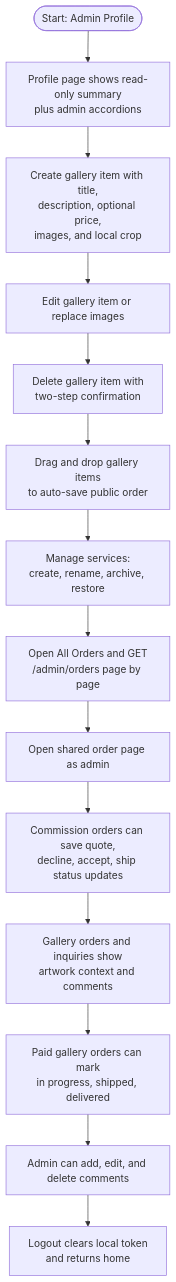
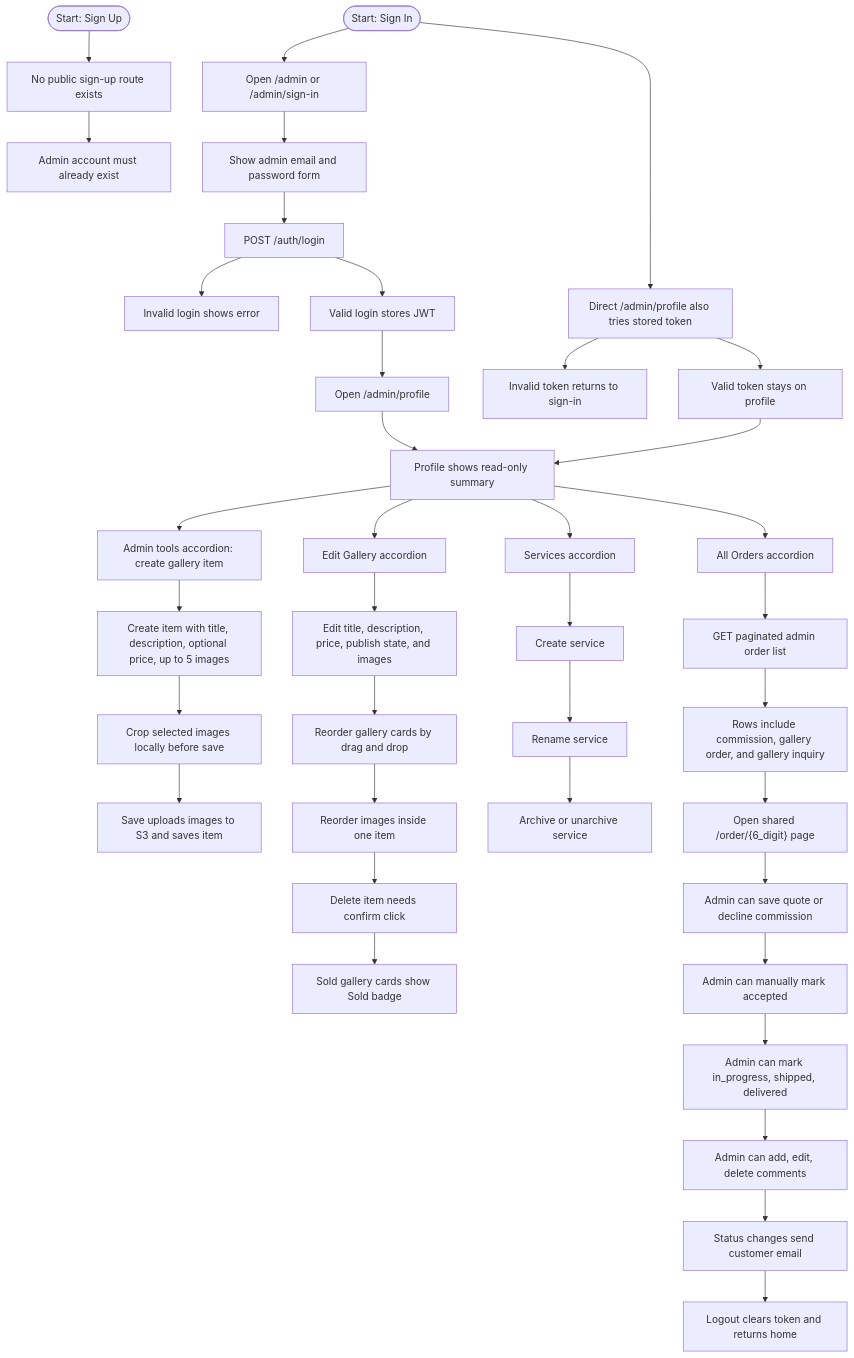
Before and after one commit to david-lytikainen/SAS: the first of 3 diagrams in 0_KC/flowchart.md, drawn with Mermaid. The commit also changed other lines of this file and 3 other files, not shown here.

Commit message:
Refresh KC flowchart source

````diff
--- a/0_KC/flowchart.md
+++ b/0_KC/flowchart.md
@@ -53,20 +3,59 @@
 ```mermaid
 flowchart TB
-  A0([Start: Admin Profile])
-  A1["Profile page shows read-only summary<br/>plus admin accordions"]
-  A2["Create gallery item with title,<br/>description, optional price,<br/>images, and local crop"]
-  A3["Edit gallery item or replace images"]
-  A4["Delete gallery item with<br/>two-step confirmation"]
-  A5["Drag and drop gallery items<br/>to auto-save public order"]
-  A6["Manage services:<br/>create, rename, archive, restore"]
-  A7["Open All Orders and GET<br/>/admin/orders page by page"]
-  A8["Open shared order page as admin"]
-  A9["Commission orders can save quote,<br/>decline, accept, ship status updates"]
-  A10["Gallery orders and inquiries show<br/>artwork context and comments"]
-  A11["Paid gallery orders can mark<br/>in progress, shipped, delivered"]
-  A12["Admin can add, edit, and delete comments"]
-  A13["Logout clears local token<br/>and returns home"]
+  SU([Start: Sign Up])
+  SU1["No public sign-up route exists"]
+  SU2["Admin account must already exist"]
 
-  A0 --> A1 --> A2 --> A3 --> A4 --> A5 --> A6 --> A7 --> A8
-  A8 --> A9 --> A10 --> A11 --> A12 --> A13
+  SI([Start: Sign In])
+  SI1["Open /admin or /admin/sign-in"]
+  SI2["Show admin email and password form"]
+  SI3["POST /auth/login"]
+  SI4["Invalid login shows error"]
+  SI5["Valid login stores JWT"]
+  SI6["Open /admin/profile"]
+  SI7["Direct /admin/profile also tries stored token"]
+  SI8["Invalid token returns to sign-in"]
+  SI9["Valid token stays on profile"]
+
+  P0["Profile shows read-only summary"]
+  P1["Admin tools accordion: create gallery item"]
+  P2["Create item with title, description, optional price, up to 5 images"]
+  P3["Crop selected images locally before save"]
+  P4["Save uploads images to S3 and saves item"]
+
+  E0["Edit Gallery accordion"]
+  E1["Edit title, description, price, publish state, and images"]
+  E2["Reorder gallery cards by drag and drop"]
+  E3["Reorder images inside one item"]
+  E4["Delete item needs confirm click"]
+  E5["Sold gallery cards show Sold badge"]
+
+  C0["Services accordion"]
+  C1["Create service"]
+  C2["Rename service"]
+  C3["Archive or unarchive service"]
+
+  O0["All Orders accordion"]
+  O1["GET paginated admin order list"]
+  O2["Rows include commission, gallery order, and gallery inquiry"]
+  O3["Open shared /order/{6_digit} page"]
+  O4["Admin can save quote or decline commission"]
+  O5["Admin can manually mark accepted"]
+  O6["Admin can mark in_progress, shipped, delivered"]
+  O7["Admin can add, edit, delete comments"]
+  O8["Status changes send customer email"]
+  O9["Logout clears token and returns home"]
+
+  SU --> SU1 --> SU2
+  SI --> SI1 --> SI2 --> SI3
+  SI3 --> SI4
+  SI3 --> SI5 --> SI6 --> P0
+  SI --> SI7
+  SI7 --> SI8
+  SI7 --> SI9 --> P0
+
+  P0 --> P1 --> P2 --> P3 --> P4
+  P0 --> E0 --> E1 --> E2 --> E3 --> E4 --> E5
+  P0 --> C0 --> C1 --> C2 --> C3
+  P0 --> O0 --> O1 --> O2 --> O3 --> O4 --> O5 --> O6 --> O7 --> O8 --> O9
 ```
````
